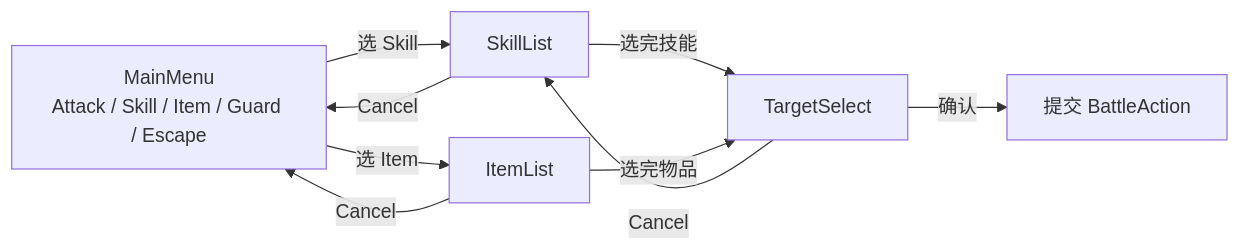
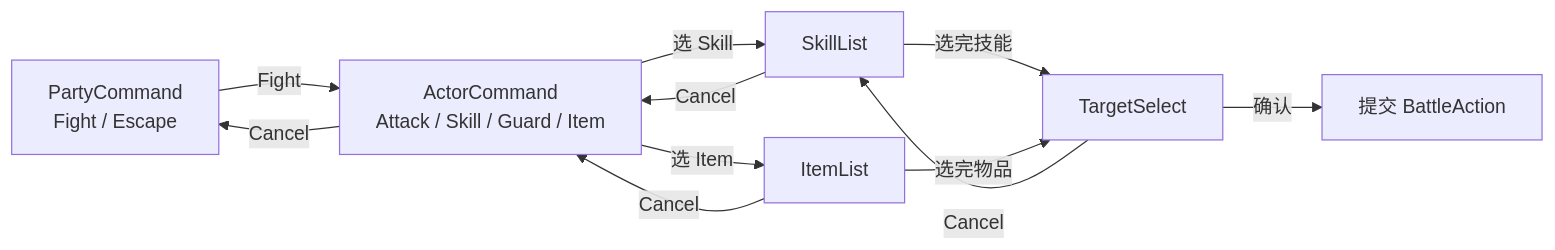
One commit to WispSnow/TinyFarmRPG changed the sixth of 6 diagrams in lecture_plans/lectures/05-输入上下文与菜单导航.md. Above: the diagram before and after it, drawn with Mermaid. The commit also changed other lines of this file and 7 other files, not shown here.

````diff
--- a/lecture_plans/lectures/05-输入上下文与菜单导航.md
+++ b/lecture_plans/lectures/05-输入上下文与菜单导航.md
@@ -271,12 +275,15 @@
 ```mermaid
 flowchart LR
-    MM["MainMenu<br/>Attack / Skill / Item / Guard / Escape"]
-    MM -- "选 Skill" --> SL["SkillList"]
-    MM -- "选 Item" --> IL["ItemList"]
+    PC["PartyCommand<br/>Fight / Escape"]
+    AC["ActorCommand<br/>Attack / Skill / Guard / Item"]
+    PC -- "Fight" --> AC
+    AC -- "选 Skill" --> SL["SkillList"]
+    AC -- "选 Item" --> IL["ItemList"]
     SL -- "选完技能" --> TS["TargetSelect"]
     IL -- "选完物品" --> TS
     TS -- "确认" --> CMT["提交 BattleAction"]
-    SL -- "Cancel" --> MM
-    IL -- "Cancel" --> MM
+    SL -- "Cancel" --> AC
+    IL -- "Cancel" --> AC
     TS -- "Cancel" --> SL
+    AC -- "Cancel" --> PC
 ```
````
